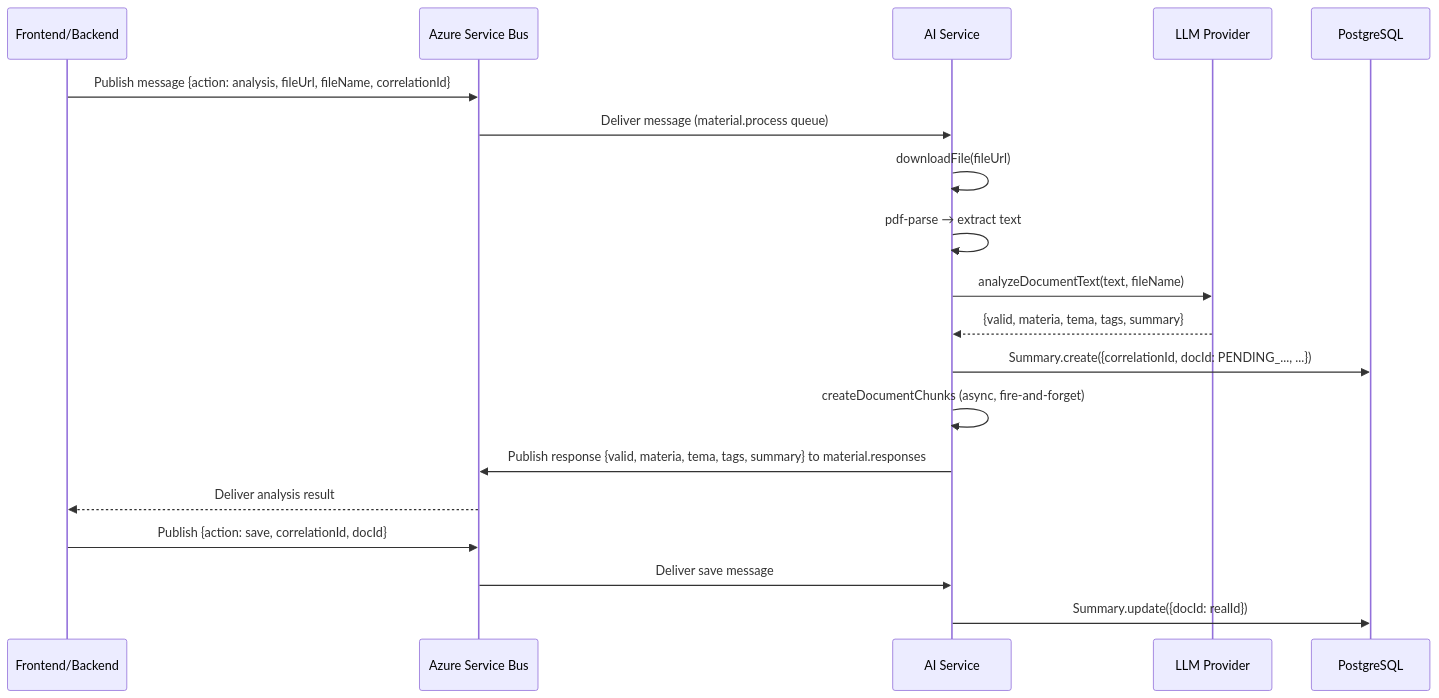
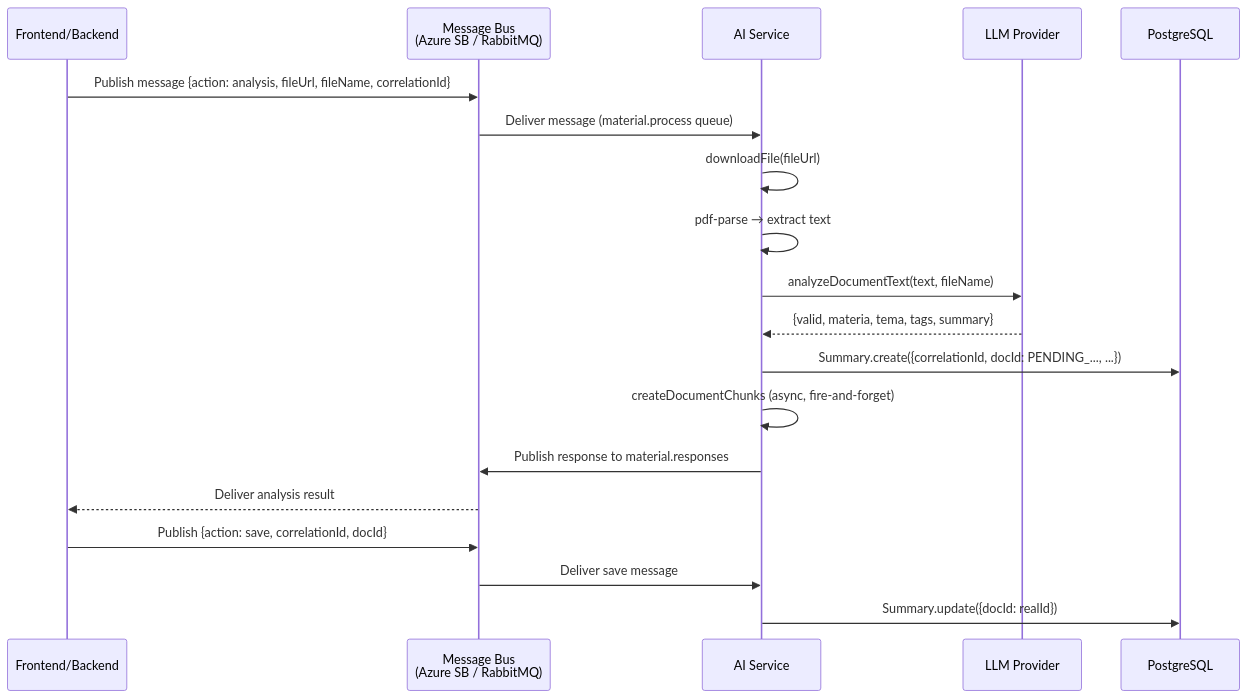
One commit to EciWise/EciWise.github.io changed the sixth of 9 diagrams in how/ai-service.md. Above: the diagram before and after it, drawn with Mermaid. The commit also changed other lines of this file and 3 other files, not shown here.

First line of the commit message:
docs: update AI service documentation with architecture decisions, multi-provider support, and hybrid search

```diff
--- a/how/ai-service.md
+++ b/how/ai-service.md
@@ -679,22 +704,22 @@
 <div class="mermaid">
 sequenceDiagram
     participant FE as Frontend/Backend
-    participant SB as Azure Service Bus
+    participant MB as Message Bus<br/>(Azure SB / RabbitMQ)
     participant AI as AI Service
     participant LLM as LLM Provider
     participant DB as PostgreSQL
 
-    FE->>SB: Publish message {action: analysis, fileUrl, fileName, correlationId}
-    SB->>AI: Deliver message (material.process queue)
+    FE->>MB: Publish message {action: analysis, fileUrl, fileName, correlationId}
+    MB->>AI: Deliver message (material.process queue)
     AI->>AI: downloadFile(fileUrl)
     AI->>AI: pdf-parse → extract text
     AI->>LLM: analyzeDocumentText(text, fileName)
     LLM-->>AI: {valid, materia, tema, tags, summary}
     AI->>DB: Summary.create({correlationId, docId: PENDING_..., ...})
     AI->>AI: createDocumentChunks (async, fire-and-forget)
-    AI->>SB: Publish response {valid, materia, tema, tags, summary} to material.responses
-    SB-->>FE: Deliver analysis result
-    FE->>SB: Publish {action: save, correlationId, docId}
-    SB->>AI: Deliver save message
+    AI->>MB: Publish response to material.responses
+    MB-->>FE: Deliver analysis result
+    FE->>MB: Publish {action: save, correlationId, docId}
+    MB->>AI: Deliver save message
     AI->>DB: Summary.update({docId: realId})
 </div>
```
